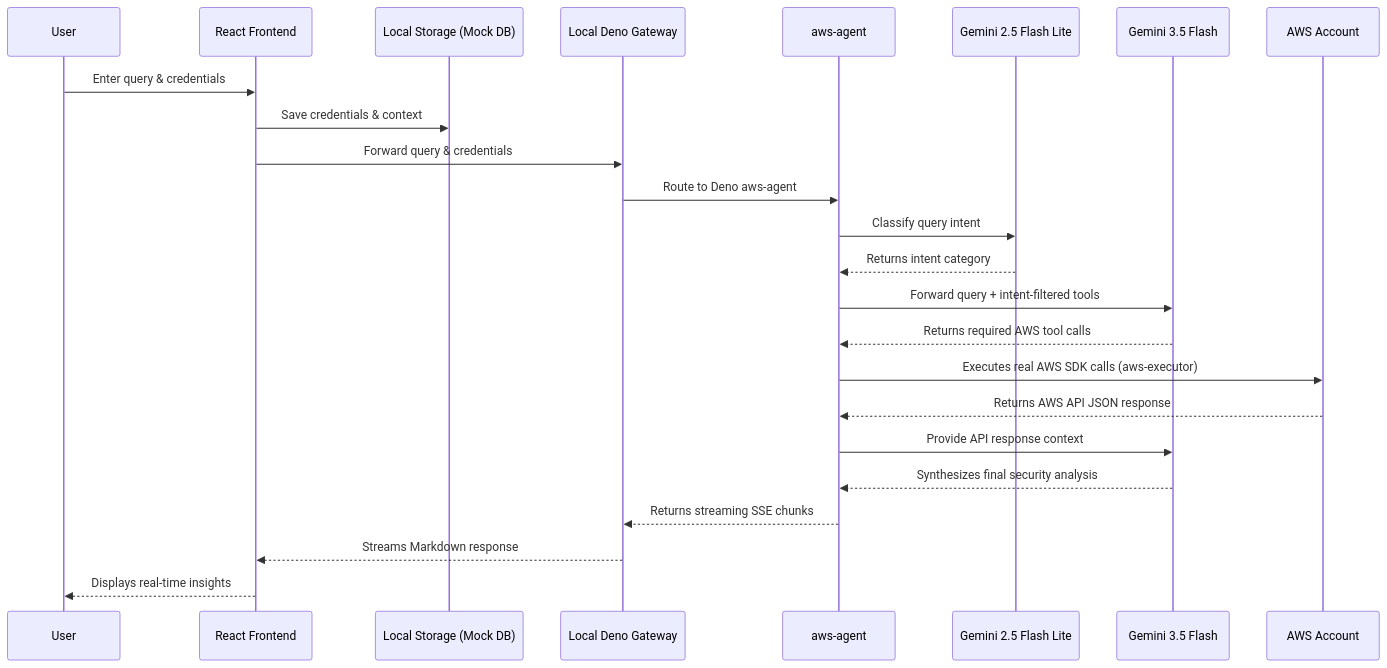
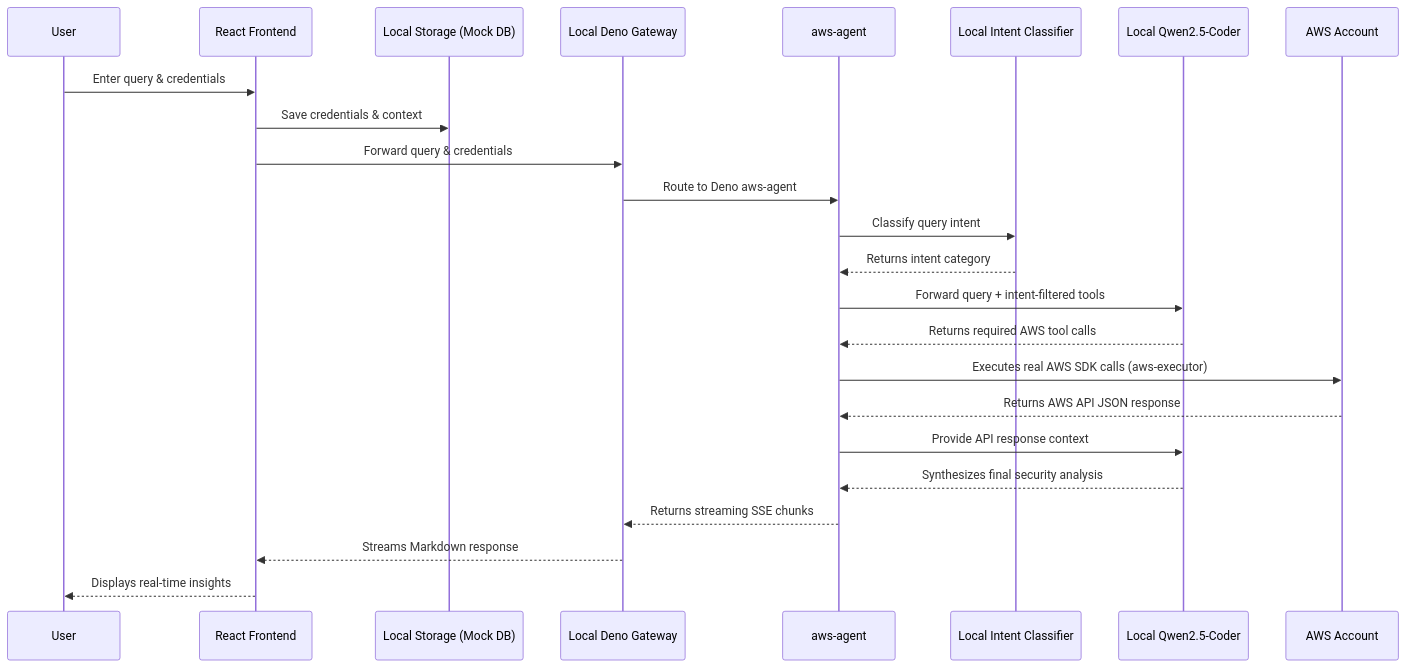
Before and after one commit to ritvikindupuri/CloudPilot-AI---AWS-Security-Agent: the diagram in README.md, drawn with Mermaid. The commit also changed other lines of this file and 1 other file, not shown here.

Commit message:
docs: update README.md and TECHNICAL_DOCUMENTATION.md to reflect Ollama/Qwen2.5-Coder model

````diff
--- a/README.md
+++ b/README.md
@@ -13,27 +13,27 @@
 ```mermaid
 sequenceDiagram
     participant User
     participant Frontend as React Frontend
     participant DB as Local Storage (Mock DB)
     participant Gateway as Local Deno Gateway
     participant Agent as aws-agent
-    participant Classifier as Gemini 2.5 Flash Lite
-    participant LLM as Gemini 3.5 Flash
+    participant Classifier as Local Intent Classifier
+    participant LLM as Local Qwen2.5-Coder
     participant AWS as AWS Account
 
     User->>Frontend: Enter query & credentials
     Frontend->>DB: Save credentials & context
     Frontend->>Gateway: Forward query & credentials
     Gateway->>Agent: Route to Deno aws-agent
     Agent->>Classifier: Classify query intent
     Classifier-->>Agent: Returns intent category
     Agent->>LLM: Forward query + intent-filtered tools
     LLM-->>Agent: Returns required AWS tool calls
     Agent->>AWS: Executes real AWS SDK calls (aws-executor)
     AWS-->>Agent: Returns AWS API JSON response
     Agent->>LLM: Provide API response context
     LLM-->>Agent: Synthesizes final security analysis
     Agent-->>Gateway: Returns streaming SSE chunks
     Gateway-->>Frontend: Streams Markdown response
     Frontend-->>User: Displays real-time insights
 ```
````
